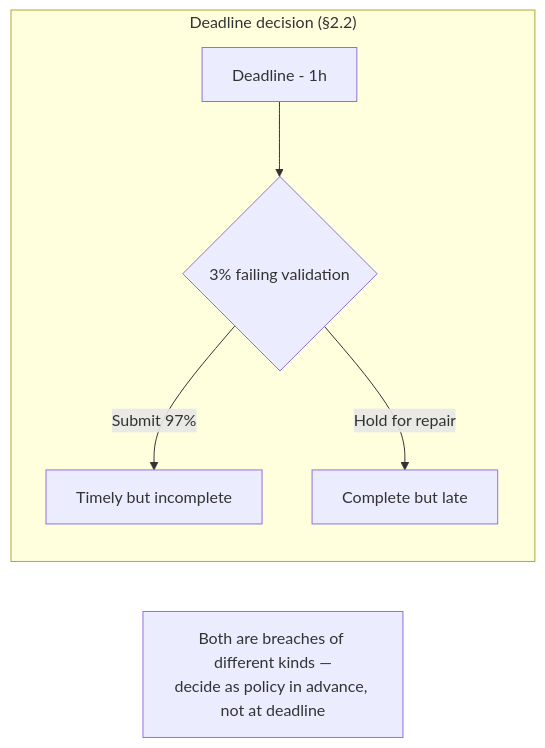
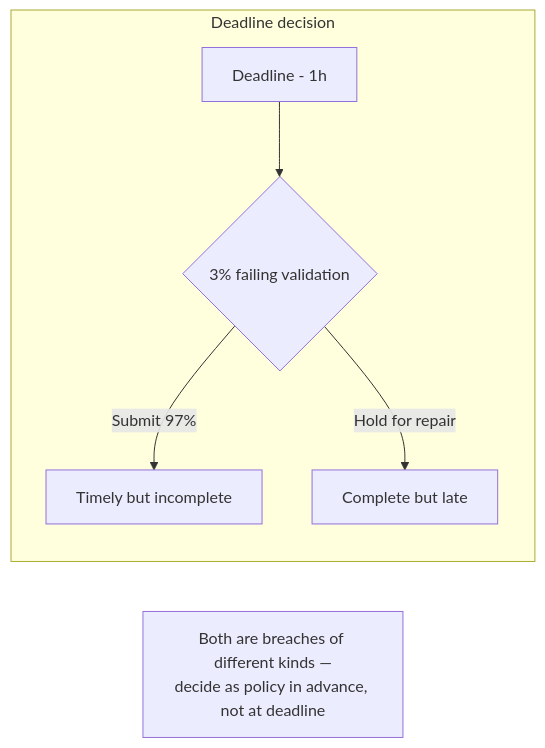
Before and after one commit to umashankarp/InterviewQuestions: the third of 4 diagrams in 14-System-Design/13-Designing-Regulatory-Reporting-Pipeline.md, drawn with Mermaid. The commit also changed other lines of this file and 173 other files, not shown here.

````diff
--- a/14-System-Design/13-Designing-Regulatory-Reporting-Pipeline.md
+++ b/14-System-Design/13-Designing-Regulatory-Reporting-Pipeline.md
@@ -107,9 +107,9 @@
 ```mermaid
 graph LR
-    subgraph "Deadline decision (§2.2)"
-        D[Deadline - 1h] --> Q{3% failing validation}
-        Q -->|Submit 97%| INC[Timely but incomplete]
-        Q -->|Hold for repair| LATE[Complete but late]
-    end
-    Note1["Both are breaches of different kinds —<br/>decide as policy in advance, not at deadline"]
+ subgraph "Deadline decision"
+ D[Deadline - 1h] --> Q{3% failing validation}
+ Q -->|Submit 97%| INC[Timely but incomplete]
+ Q -->|Hold for repair| LATE[Complete but late]
+ end
+ Note1["Both are breaches of different kinds —<br/>decide as policy in advance, not at deadline"]
 ```
````
